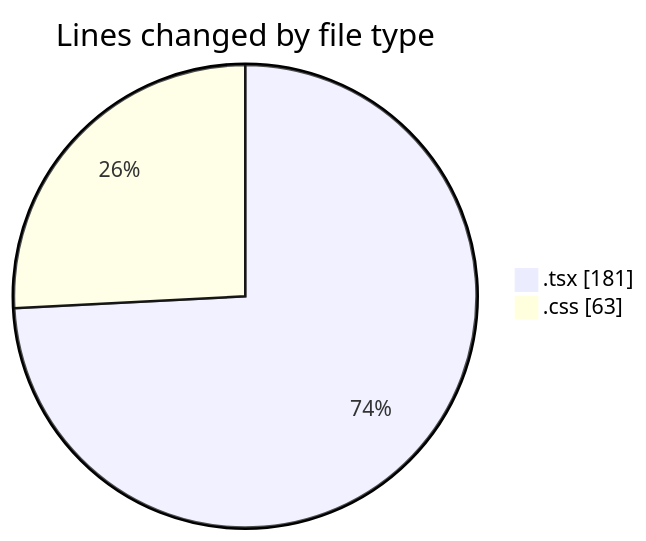
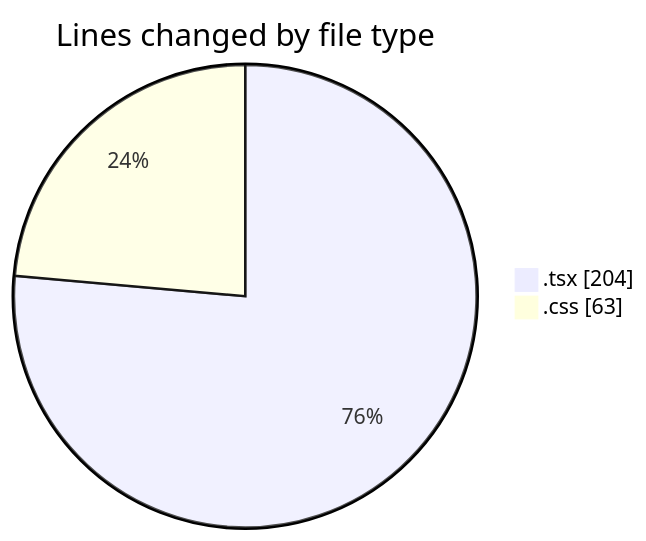
The first of 2 diagrams in 2025-08-04/tw-server/README.md (EIIisD/code-tracking), drawn with Mermaid before and after one commit. The commit also changed other lines of this file and 1 other file, not shown here.

````diff
--- a/2025-08-04/tw-server/README.md
+++ b/2025-08-04/tw-server/README.md
@@ -22,6 +22,6 @@
 ```mermaid
 pie showData
 title Lines changed by file type
-".tsx" : 181
+".tsx" : 204
 ".css" : 63
 ```
````
